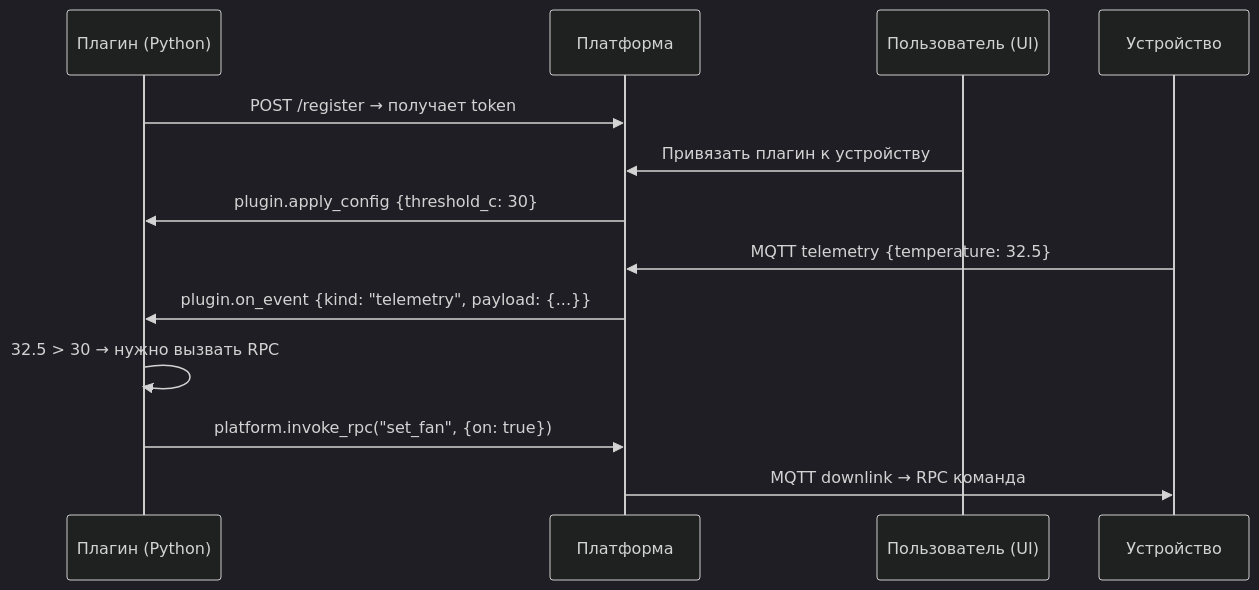
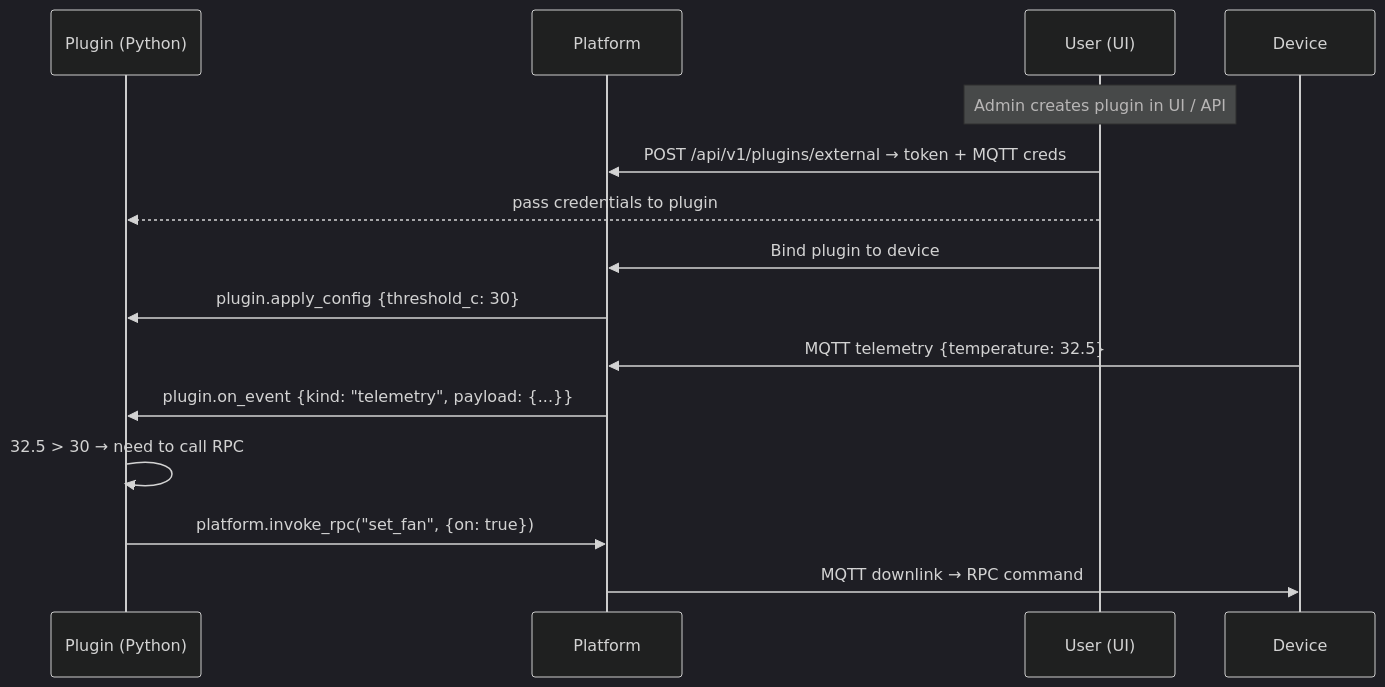
One commit to darvik80/iot-platform-go changed the sixth of 9 diagrams in docs/en/14-diagrams.md. Above: the diagram before and after it, drawn with Mermaid (dark theme). The commit also changed other lines of this file and 27 other files, not shown here.

````diff
--- a/docs/en/14-diagrams.md
+++ b/docs/en/14-diagrams.md
@@ -209,16 +215,18 @@
 ```mermaid
 sequenceDiagram
-    participant Pl as Плагин (Python)
-    participant P as Платформа
-    participant U as Пользователь (UI)
-    participant D as Устройство
+    participant Pl as Plugin (Python)
+    participant P as Platform
+    participant U as User (UI)
+    participant D as Device
 
-    Pl->>P: POST /register → получает token
-    U->>P: Привязать плагин к устройству
+    Note over U: Admin creates plugin in UI / API
+    U->>P: POST /api/v1/plugins/external → token + MQTT creds
+    U-->>Pl: pass credentials to plugin
+    U->>P: Bind plugin to device
     P->>Pl: plugin.apply_config {threshold_c: 30}
     D->>P: MQTT telemetry {temperature: 32.5}
     P->>Pl: plugin.on_event {kind: "telemetry", payload: {...}}
-    Pl->>Pl: 32.5 > 30 → нужно вызвать RPC
+    Pl->>Pl: 32.5 > 30 → need to call RPC
     Pl->>P: platform.invoke_rpc("set_fan", {on: true})
-    P->>D: MQTT downlink → RPC команда
+    P->>D: MQTT downlink → RPC command
 ```
````
